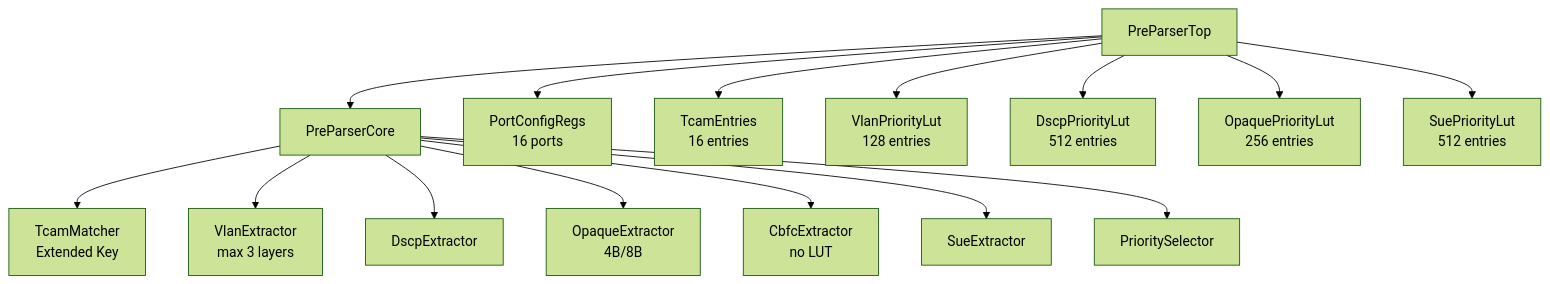
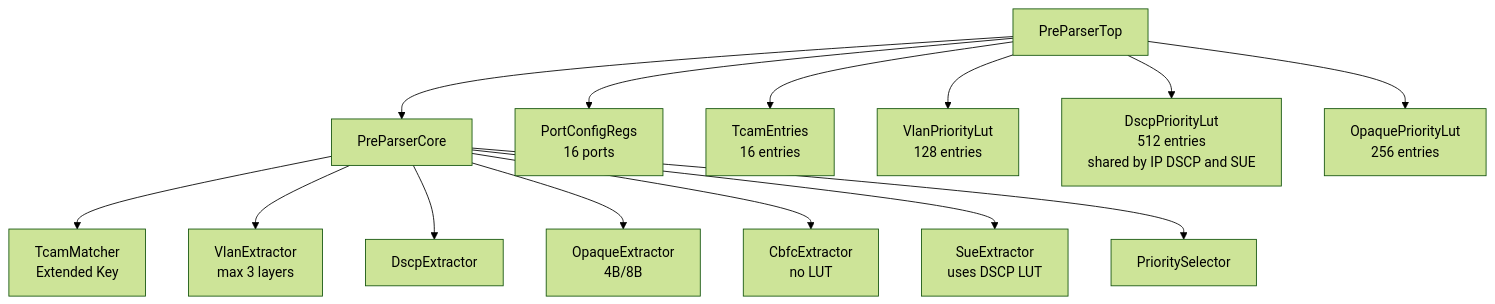
Before and after one commit to RuyeeAI/HardwareDesign: the fourth of 4 diagrams in docs/PreParser.md, drawn with Mermaid (forest theme). The commit also changed other lines of this file, not shown here.

First line of the commit message:
Update PreParser doc: add VLAN2->SUE path, share DSCP LUT for SUE

````diff
--- a/docs/PreParser.md
+++ b/docs/PreParser.md
@@ -293,35 +301,33 @@
 ```mermaid
 graph TD
     PreParserTop[PreParserTop]
     PreParserCore[PreParserCore]
     PortConfigRegs[PortConfigRegs<br/>16 ports]
     TcamEntries[TcamEntries<br/>16 entries]
     VlanPriorityLut[VlanPriorityLut<br/>128 entries]
-    DscpPriorityLut[DscpPriorityLut<br/>512 entries]
+    DscpPriorityLut[DscpPriorityLut<br/>512 entries<br/>shared by IP DSCP and SUE]
     OpaquePriorityLut[OpaquePriorityLut<br/>256 entries]
-    SuePriorityLut[SuePriorityLut<br/>512 entries]
 
     TcamMatcher[TcamMatcher<br/>Extended Key]
     VlanExtractor[VlanExtractor<br/>max 3 layers]
     DscpExtractor[DscpExtractor]
     OpaqueExtractor[OpaqueExtractor<br/>4B/8B]
     CbfcExtractor[CbfcExtractor<br/>no LUT]
-    SueExtractor[SueExtractor]
+    SueExtractor[SueExtractor<br/>uses DSCP LUT]
     PrioritySelector[PrioritySelector]
 
     PreParserTop --> PreParserCore
     PreParserTop --> PortConfigRegs
     PreParserTop --> TcamEntries
     PreParserTop --> VlanPriorityLut
     PreParserTop --> DscpPriorityLut
     PreParserTop --> OpaquePriorityLut
-    PreParserTop --> SuePriorityLut
 
     PreParserCore --> TcamMatcher
     PreParserCore --> VlanExtractor
     PreParserCore --> DscpExtractor
     PreParserCore --> OpaqueExtractor
     PreParserCore --> CbfcExtractor
     PreParserCore --> SueExtractor
     PreParserCore --> PrioritySelector
 ```
````
